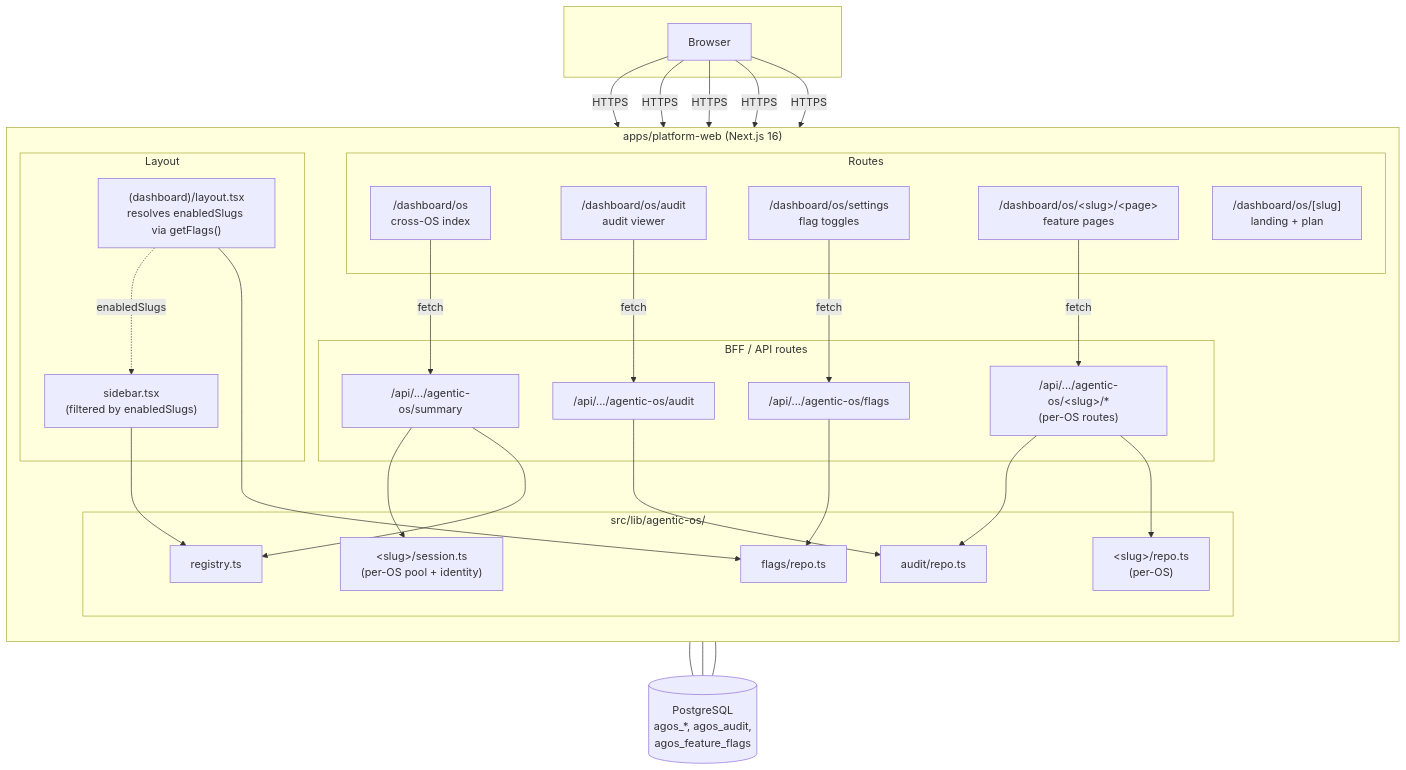
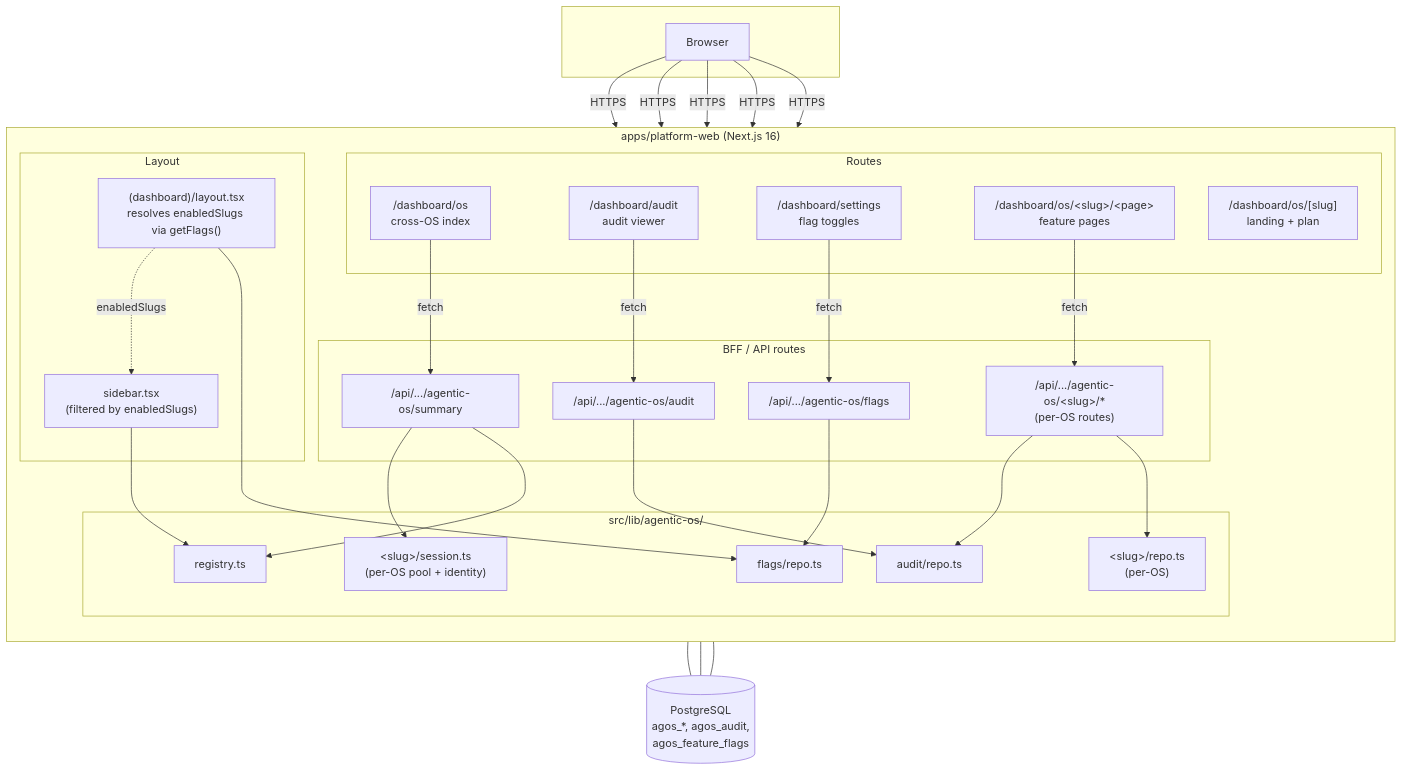
The diagram in docs/architecture/agentic-os.md (saluca-labs/pantheon), drawn with Mermaid before and after one commit. The commit also changed other lines of this file and 19 other files, not shown here.

````diff
--- a/docs/architecture/agentic-os.md
+++ b/docs/architecture/agentic-os.md
@@ -78,59 +78,59 @@
 ```mermaid
 graph TB
   subgraph user[" "]
     BROWSER["Browser"]
   end
 
   subgraph web["apps/platform-web (Next.js 16)"]
     direction TB
 
     subgraph routes["Routes"]
       OSINDEX["/dashboard/os<br/>cross-OS index"]
       OSSHELL["/dashboard/os/[slug]<br/>landing + plan"]
       OSPAGE["/dashboard/os/&lt;slug&gt;/&lt;page&gt;<br/>feature pages"]
-      AUDITPAGE["/dashboard/os/audit<br/>audit viewer"]
-      FLAGSPAGE["/dashboard/os/settings<br/>flag toggles"]
+      AUDITPAGE["/dashboard/audit<br/>audit viewer"]
+      FLAGSPAGE["/dashboard/settings<br/>flag toggles"]
     end
 
     subgraph bff["BFF / API routes"]
       SUMMARY["/api/.../agentic-os/summary"]
       AUDITAPI["/api/.../agentic-os/audit"]
       FLAGSAPI["/api/.../agentic-os/flags"]
       OSAPIS["/api/.../agentic-os/&lt;slug&gt;/*<br/>(per-OS routes)"]
     end
 
     subgraph lib["src/lib/agentic-os/"]
       REGISTRY["registry.ts"]
       AUDIT["audit/repo.ts"]
       FLAGS["flags/repo.ts"]
       OSREPOS["&lt;slug&gt;/repo.ts<br/>(per-OS)"]
       SESSIONS["&lt;slug&gt;/session.ts<br/>(per-OS pool + identity)"]
     end
 
     subgraph layout["Layout"]
       SIDEBAR["sidebar.tsx<br/>(filtered by enabledSlugs)"]
       DASHLAYOUT["(dashboard)/layout.tsx<br/>resolves enabledSlugs via getFlags()"]
     end
   end
 
   PG[("PostgreSQL<br/>agos_*, agos_audit,<br/>agos_feature_flags")]
 
   BROWSER -- HTTPS --> OSINDEX & OSSHELL & OSPAGE & AUDITPAGE & FLAGSPAGE
   OSINDEX -- fetch --> SUMMARY
   AUDITPAGE -- fetch --> AUDITAPI
   FLAGSPAGE -- fetch --> FLAGSAPI
   OSPAGE -- fetch --> OSAPIS
 
   SUMMARY --> REGISTRY
   SUMMARY --> SESSIONS
   AUDITAPI --> AUDIT
   FLAGSAPI --> FLAGS
   OSAPIS --> OSREPOS
   OSAPIS --> AUDIT
 
   AUDIT & FLAGS & OSREPOS --- PG
 
   DASHLAYOUT --> FLAGS
   SIDEBAR --> REGISTRY
   DASHLAYOUT -. enabledSlugs .-> SIDEBAR
 ```
````
